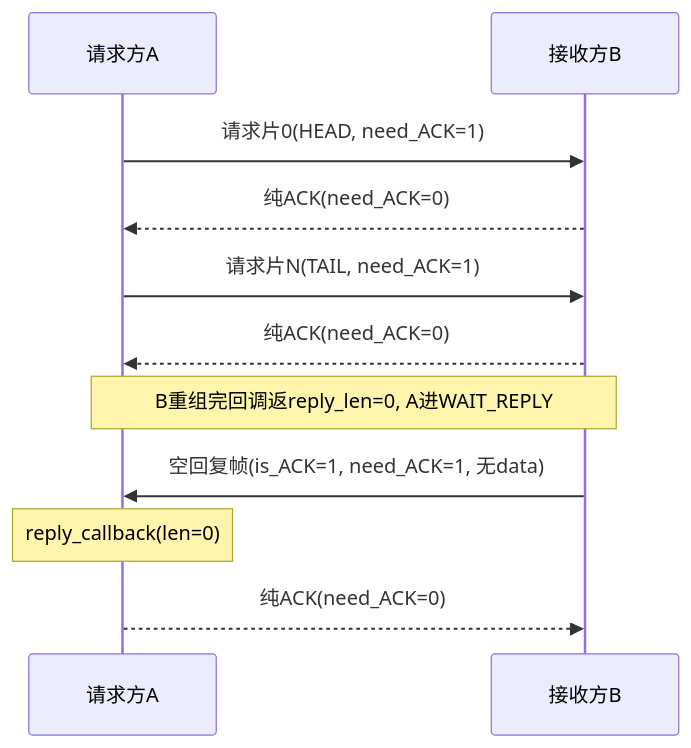
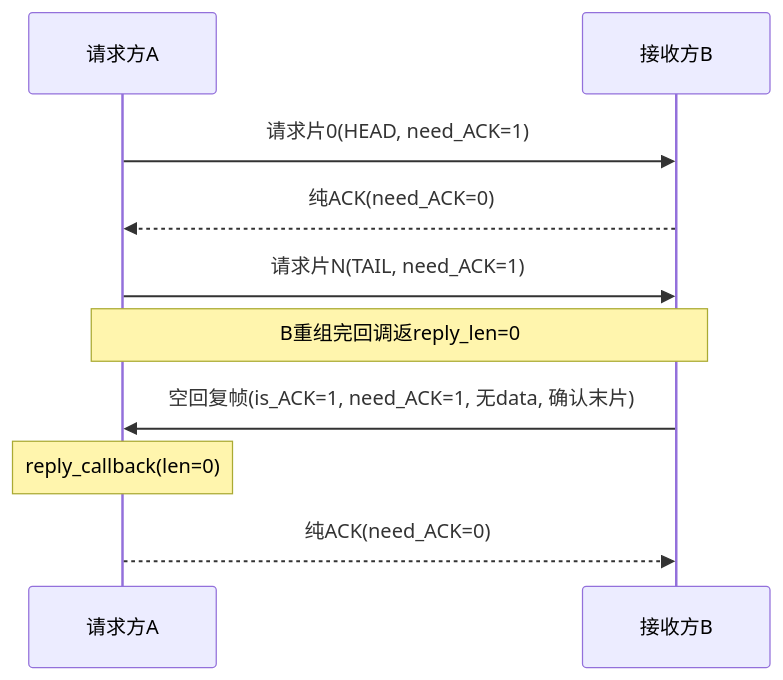
One commit to Siaiai/ObsidianNote changed the fourth of 13 diagrams in 工作/项目/代码/260401S3分拣面板-SIA-R9000P.md. Above: the diagram before and after it, drawn with Mermaid. The commit also changed other lines of this file, not shown here.

````diff
--- a/工作/项目/代码/260401S3分拣面板-SIA-R9000P.md
+++ b/工作/项目/代码/260401S3分拣面板-SIA-R9000P.md
@@ -146,13 +145,12 @@
 ```mermaid
 sequenceDiagram
     participant A as 请求方A
     participant B as 接收方B
     A->>B: 请求片0(HEAD, need_ACK=1)
     B-->>A: 纯ACK(need_ACK=0)
     A->>B: 请求片N(TAIL, need_ACK=1)
-    B-->>A: 纯ACK(need_ACK=0)
-    Note over A,B: B重组完回调返reply_len=0, A进WAIT_REPLY
-    B->>A: 空回复帧(is_ACK=1, need_ACK=1, 无data)
+    Note over A,B: B重组完回调返reply_len=0
+    B->>A: 空回复帧(is_ACK=1, need_ACK=1, 无data, 确认末片)
     Note over A: reply_callback(len=0)
     A-->>B: 纯ACK(need_ACK=0)
 ```
````
